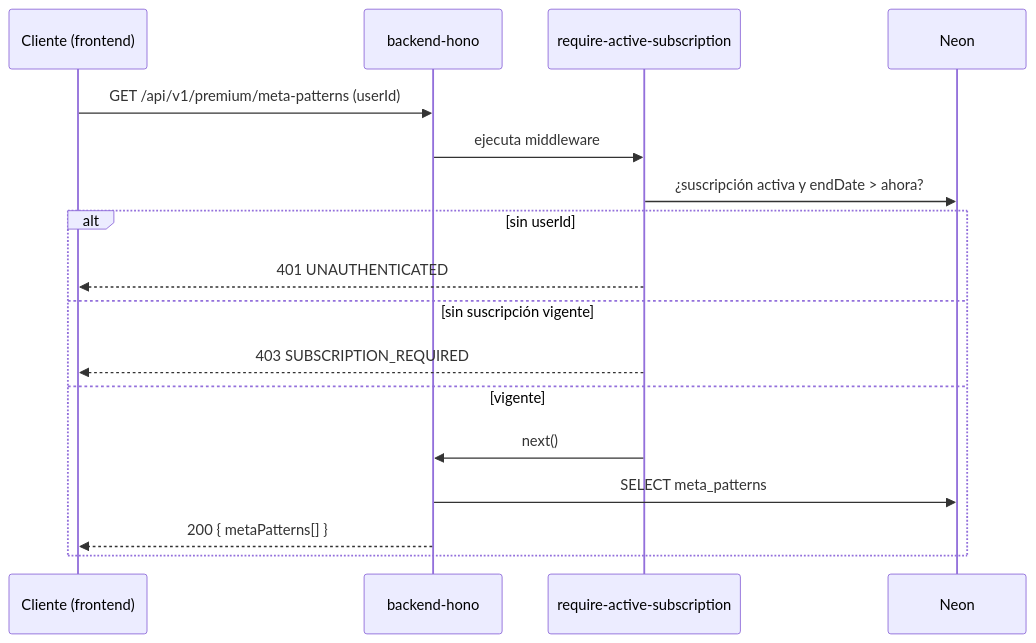
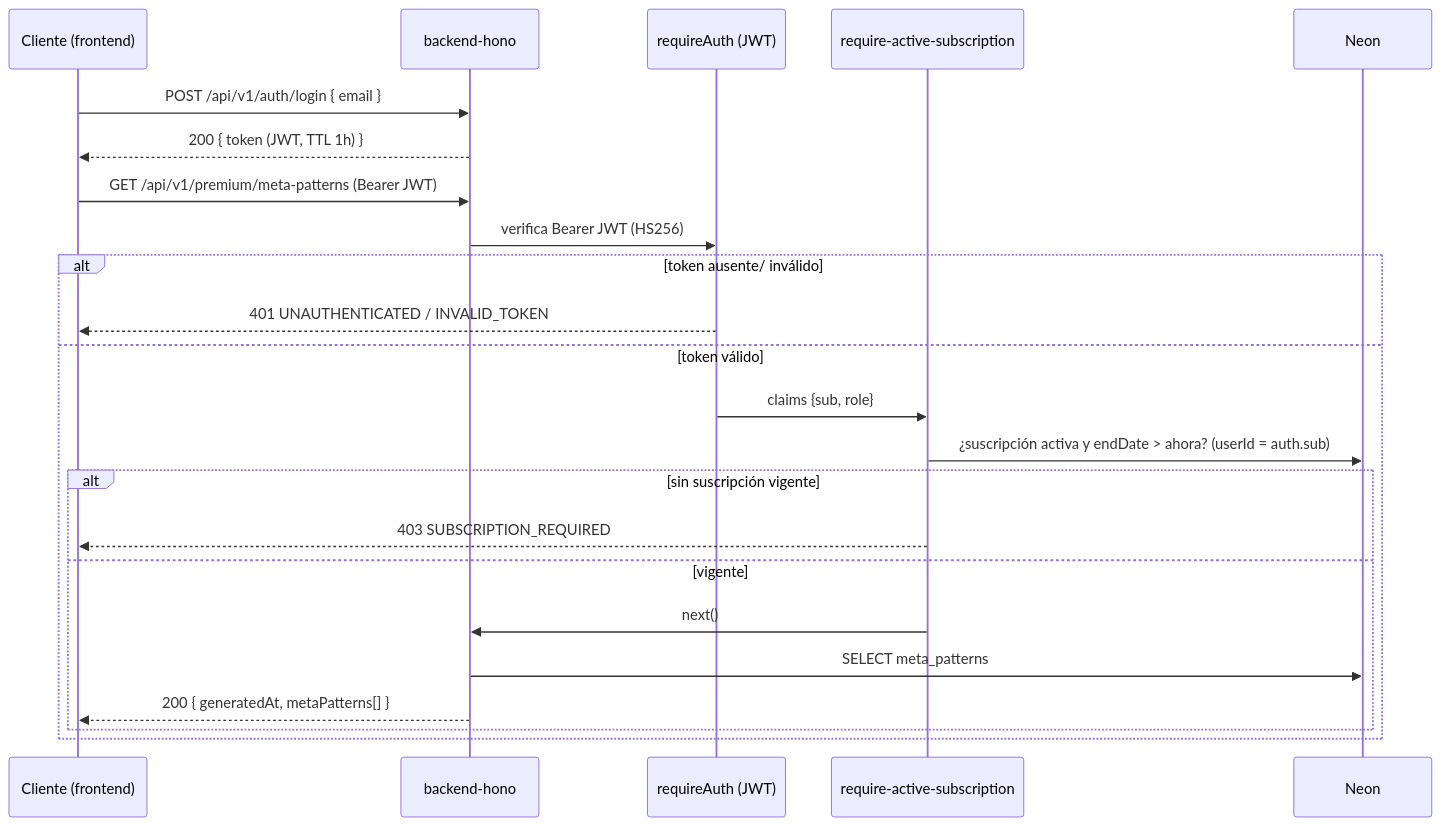
The diagram in docs/05_Procesos/Flujo_Acceso_Premium.md (ogescoto/loto-honduras-analytics), drawn with Mermaid before and after one commit. The commit also changed other lines of this file and 123 other files, not shown here.

First line of the commit message:
feat: implement core features (auth, payments, scraper, patterns engine, UI)

````diff
--- a/docs/05_Procesos/Flujo_Acceso_Premium.md
+++ b/docs/05_Procesos/Flujo_Acceso_Premium.md
@@ -17,19 +17,25 @@
 ```mermaid
 sequenceDiagram
   participant C as Cliente (frontend)
   participant API as backend-hono
+  participant AU as requireAuth (JWT)
   participant MW as require-active-subscription
   participant DB as Neon
-  C->>API: GET /api/v1/premium/meta-patterns (userId)
-  API->>MW: ejecuta middleware
-  MW->>DB: ¿suscripción activa y endDate > ahora?
-  alt sin userId
-    MW-->>C: 401 UNAUTHENTICATED
-  else sin suscripción vigente
-    MW-->>C: 403 SUBSCRIPTION_REQUIRED
-  else vigente
-    MW->>API: next()
-    API->>DB: SELECT meta_patterns
-    API-->>C: 200 { metaPatterns[] }
+  C->>API: POST /api/v1/auth/login { email }
+  API-->>C: 200 { token (JWT, TTL 1h) }
+  C->>API: GET /api/v1/premium/meta-patterns (Bearer JWT)
+  API->>AU: verifica Bearer JWT (HS256)
+  alt token ausente/ inválido
+    AU-->>C: 401 UNAUTHENTICATED / INVALID_TOKEN
+  else token válido
+    AU->>MW: claims {sub, role}
+    MW->>DB: ¿suscripción activa y endDate > ahora? (userId = auth.sub)
+    alt sin suscripción vigente
+      MW-->>C: 403 SUBSCRIPTION_REQUIRED
+    else vigente
+      MW->>API: next()
+      API->>DB: SELECT meta_patterns
+      API-->>C: 200 { generatedAt, metaPatterns[] }
+    end
   end
 ```
````
